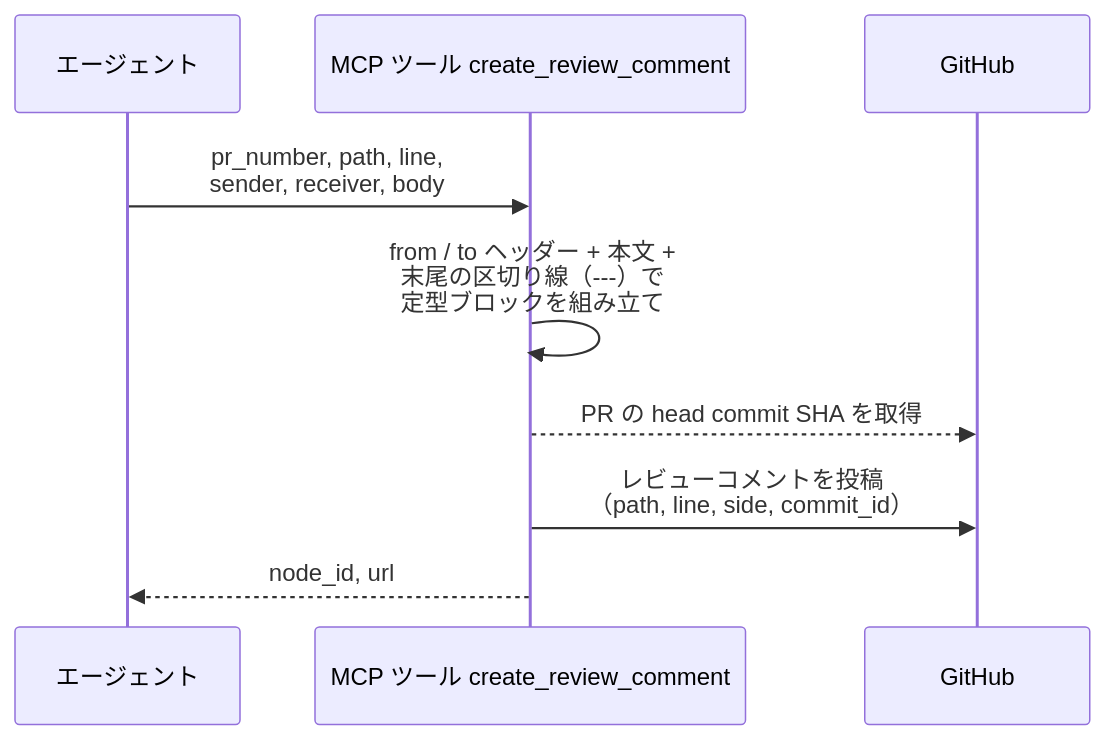
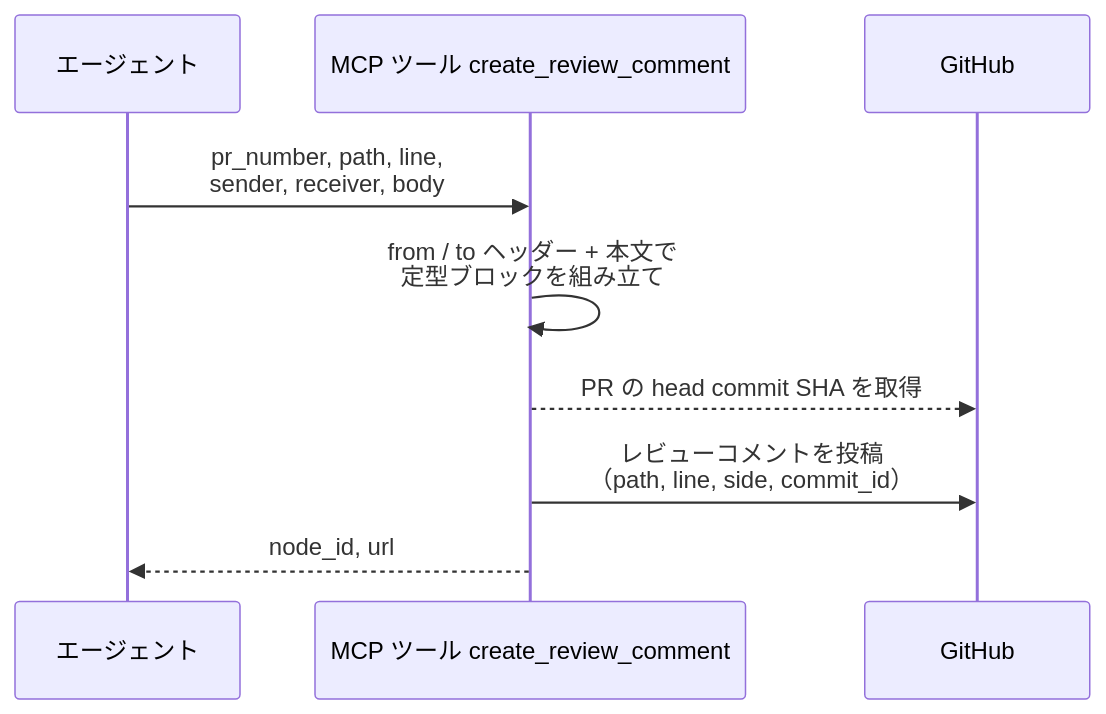
One commit to shuhei1101/ai-monitor changed the first of 3 diagrams in docs/wiki/設計図/インターフェース定義/バックエンド/インラインコメント投稿.py.md. Above: the diagram before and after it, drawn with Mermaid. The commit also changed other lines of this file and 33 other files, not shown here.

````diff
--- a/docs/wiki/設計図/インターフェース定義/バックエンド/インラインコメント投稿.py.md
+++ b/docs/wiki/設計図/インターフェース定義/バックエンド/インラインコメント投稿.py.md
@@ -83,12 +87,12 @@
 ```mermaid
 sequenceDiagram
   participant A as エージェント
   participant T as MCP ツール create_review_comment
   participant GH as GitHub
 
   A->>T: pr_number, path, line,<br>sender, receiver, body
-  T->>T: from / to ヘッダー + 本文 +<br>末尾の区切り線（---）で<br>定型ブロックを組み立て
+  T->>T: from / to ヘッダー + 本文で<br>定型ブロックを組み立て
   T-->>GH: PR の head commit SHA を取得
   T->>GH: レビューコメントを投稿<br>（path, line, side, commit_id）
   T-->>A: node_id, url
 ```
````
